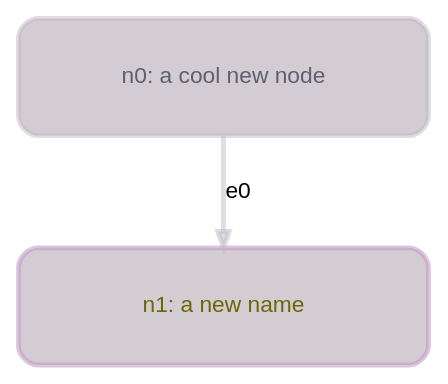
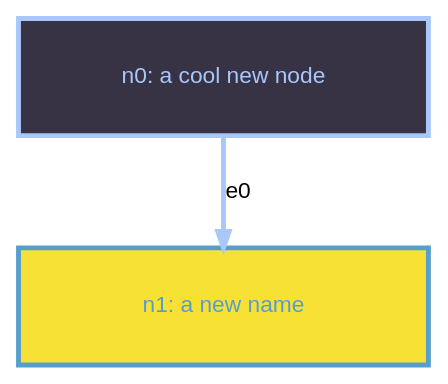
Before and after one commit to stevecooperorg/microdot: the diagram in examples/readme_example_1.dot, drawn with Graphviz. The commit also changed 6 other files, not shown here.

```diff
--- a/examples/readme_example_1.dot
+++ b/examples/readme_example_1.dot
@@ -1,12 +1,12 @@
 digraph {
 
     graph [fontname = "helvetica" rankdir=TB ranksep=0.75 nodesep=0.5];
-    node [fontname = "helvetica" style="filled,rounded" shape=box height=1 width=3.5 penwidth=3];
-    edge [fontname = "helvetica" penwidth=3 color="#c2bac380c3a3"];
+    node [fontname = "helvetica" style="filled" shape=box height=1 width=3.5 penwidth=3];
+    edge [fontname = "helvetica" penwidth=3 color="#A9C7FB"];
 
-    "n0" [label="n0: a cool new node" fillcolor="#c3b9c3b8c2ba" color="#c2bac380c3a3" fontcolor="#5d6071"]
-    "n1" [label="n1: a new name" fillcolor="#c3bac3b9c2bf" color="#c396c38c0e" fontcolor="#6b6607"]
+    "n0" [label="n0: a cool new node" fillcolor="#383344" color="#A9C7FB" fontcolor="#A9C7FB"]
+    "n1" [label="n1: a new name" fillcolor="#F8E135" color="#589ECD" fontcolor="#589ECD"]
 
     "n0" -> "n1" [label="e0"];
 
 }
```
